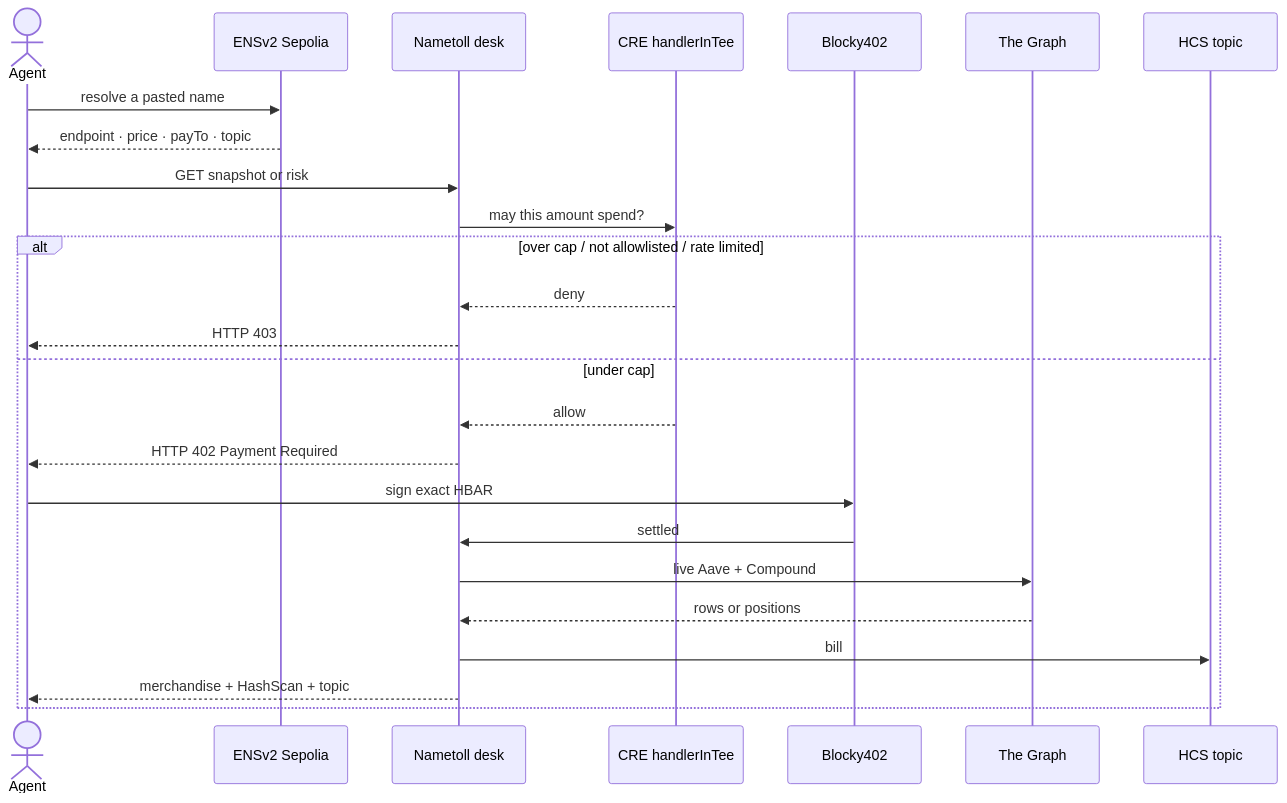
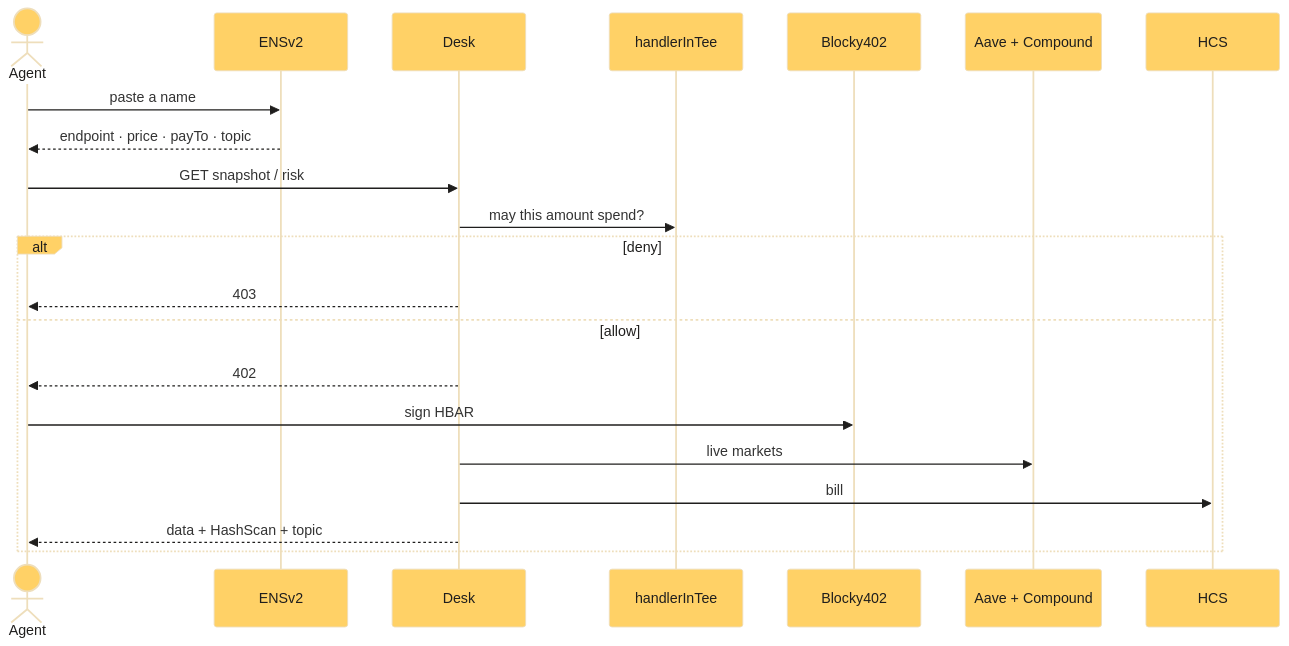
Before and after one commit to shreyas-sovani/Nametoll: the second of 3 diagrams in README.md, drawn with Mermaid. The commit also changed other lines of this file and 2 other files, not shown here.

First line of the commit message:
Make the README a colorful product page, not a doc index.

````diff
--- a/README.md
+++ b/README.md
@@ -100,28 +88,25 @@
 ```mermaid
+%%{init: {"theme":"base","themeVariables":{"fontFamily":"ui-sans-serif","actorBkg":"#FFD166","actorTextColor":"#1f1e1d","signalColor":"#1f1e1d","noteBkgColor":"#06D6A0"}}}%%
 sequenceDiagram
   actor Agent
-  participant ENS as ENSv2 Sepolia
-  participant Desk as Nametoll desk
-  participant TEE as CRE handlerInTee
+  participant ENS as ENSv2
+  participant Desk
+  participant TEE as handlerInTee
   participant Pay as Blocky402
-  participant Graph as The Graph
-  participant HCS as HCS topic
+  participant Graph as Aave + Compound
+  participant HCS
 
-  Agent->>ENS: resolve a pasted name
+  Agent->>ENS: paste a name
   ENS-->>Agent: endpoint · price · payTo · topic
-  Agent->>Desk: GET snapshot or risk
+  Agent->>Desk: GET snapshot / risk
   Desk->>TEE: may this amount spend?
-  alt over cap / not allowlisted / rate limited
-    TEE-->>Desk: deny
-    Desk-->>Agent: HTTP 403
-  else under cap
-    TEE-->>Desk: allow
-    Desk-->>Agent: HTTP 402 Payment Required
-    Agent->>Pay: sign exact HBAR
-    Pay->>Desk: settled
-    Desk->>Graph: live Aave + Compound
-    Graph-->>Desk: rows or positions
+  alt deny
+    Desk-->>Agent: 403
+  else allow
+    Desk-->>Agent: 402
+    Agent->>Pay: sign HBAR
+    Desk->>Graph: live markets
     Desk->>HCS: bill
-    Desk-->>Agent: merchandise + HashScan + topic
+    Desk-->>Agent: data + HashScan + topic
   end
 ```
````
